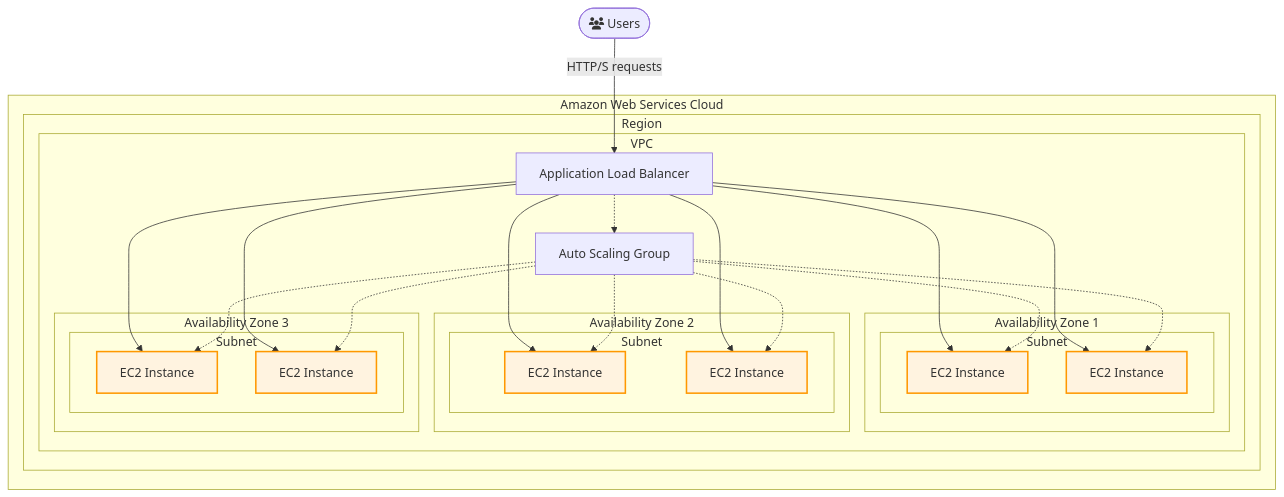
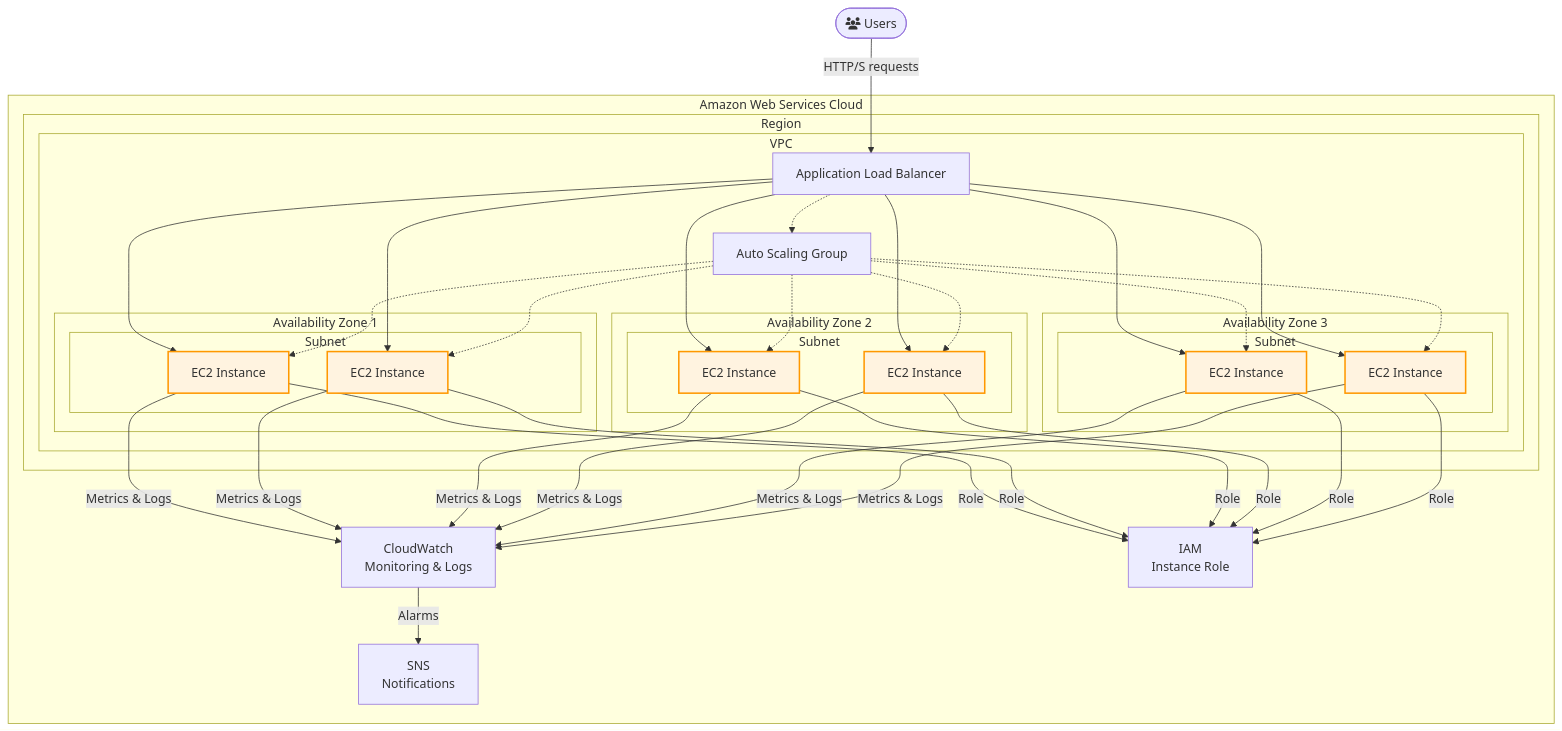
One commit to Mohamed-Sharif/Scalable-Web-Application-with-ALB-and-Auto-Scaling changed the diagram in architecture-diagram.md. Above: the diagram before and after it, drawn with Mermaid. The commit also changed other lines of this file, not shown here.

Commit message:
Add CloudWatch, SNS, and IAM to architecture diagram for monitoring and access control

````diff
--- a/architecture-diagram.md
+++ b/architecture-diagram.md
@@ -7,56 +7,79 @@
 ```mermaid
 flowchart TB
     %% Users
     Users([fa:fa-users Users])
     Users -- "HTTP/S requests" --> ALB
 
     %% AWS Cloud
     subgraph AWS["Amazon Web Services Cloud"]
         subgraph Region["Region"]
             subgraph VPC["VPC"]
                 ALB["Application Load Balancer"]
                 ALB -.-> ASG["Auto Scaling Group"]
 
                 %% Subnets and AZs
                 subgraph AZ1["Availability Zone 1"]
                     subgraph Subnet1["Subnet"]
                         EC2A1["EC2 Instance"]
                         EC2A2["EC2 Instance"]
                     end
                 end
                 subgraph AZ2["Availability Zone 2"]
                     subgraph Subnet2["Subnet"]
                         EC2B1["EC2 Instance"]
                         EC2B2["EC2 Instance"]
                     end
                 end
                 subgraph AZ3["Availability Zone 3"]
                     subgraph Subnet3["Subnet"]
                         EC2C1["EC2 Instance"]
                         EC2C2["EC2 Instance"]
                     end
                 end
 
                 %% ALB to EC2s
                 ALB --> EC2A1
                 ALB --> EC2A2
                 ALB --> EC2B1
                 ALB --> EC2B2
                 ALB --> EC2C1
                 ALB --> EC2C2
 
                 %% ASG covers all EC2s
                 ASG -.-> EC2A1
                 ASG -.-> EC2A2
                 ASG -.-> EC2B1
                 ASG -.-> EC2B2
                 ASG -.-> EC2C1
                 ASG -.-> EC2C2
             end
         end
+        %% CloudWatch, SNS, IAM (outside VPC)
+        CloudWatch["CloudWatch<br/>Monitoring & Logs"]
+        SNS["SNS<br/>Notifications"]
+        IAM["IAM<br/>Instance Role"]
     end
+
+    %% EC2 to CloudWatch
+    EC2A1 -- "Metrics & Logs" --> CloudWatch
+    EC2A2 -- "Metrics & Logs" --> CloudWatch
+    EC2B1 -- "Metrics & Logs" --> CloudWatch
+    EC2B2 -- "Metrics & Logs" --> CloudWatch
+    EC2C1 -- "Metrics & Logs" --> CloudWatch
+    EC2C2 -- "Metrics & Logs" --> CloudWatch
+
+    %% CloudWatch to SNS
+    CloudWatch -- "Alarms" --> SNS
+
+    %% EC2 to IAM
+    EC2A1 -- "Role" --> IAM
+    EC2A2 -- "Role" --> IAM
+    EC2B1 -- "Role" --> IAM
+    EC2B2 -- "Role" --> IAM
+    EC2C1 -- "Role" --> IAM
+    EC2C2 -- "Role" --> IAM
 
     %% Security Group (as a label)
     classDef sg fill:#fff3e0,stroke:#ff9800,stroke-width:2px;
     class EC2A1,EC2A2,EC2B1,EC2B2,EC2C1,EC2C2 sg;
 ```
````
